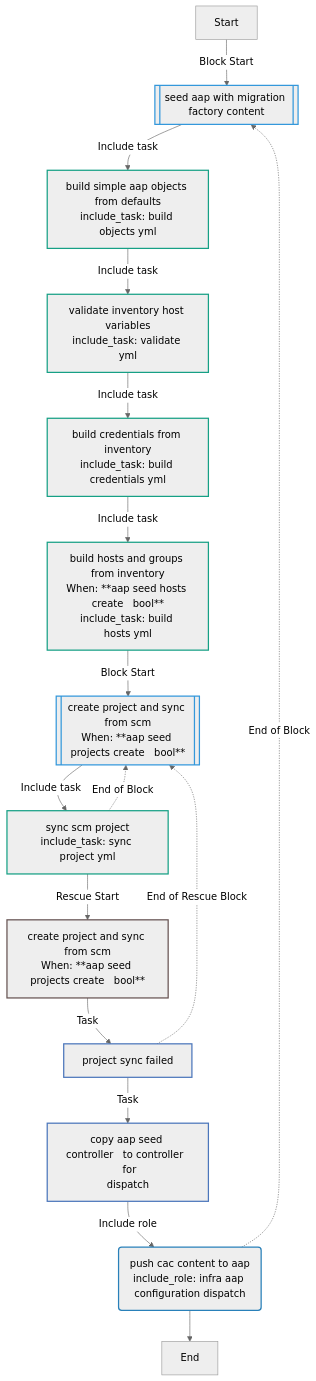
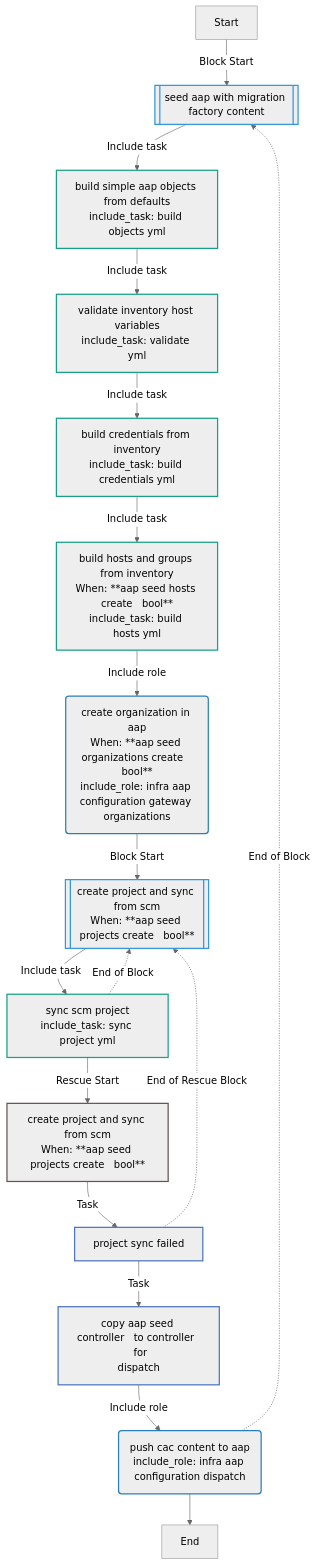
One commit to redhat-cop/openshift_virtualization_migration changed the fourth of 6 diagrams in roles/aap_seed/README.md. Above: the diagram before and after it, drawn with Mermaid (neutral theme). The commit also changed other lines of this file and 3 other files, not shown here.

Commit message:
fix(aap_seed): create org before project sync, default to OVM org name

````diff
--- a/roles/aap_seed/README.md
+++ b/roles/aap_seed/README.md
@@ -1419,28 +1426,29 @@
 ```mermaid
 flowchart TD
 Start
 classDef block stroke:#3498db,stroke-width:2px;
 classDef task stroke:#4b76bb,stroke-width:2px;
 classDef includeTasks stroke:#16a085,stroke-width:2px;
 classDef importTasks stroke:#34495e,stroke-width:2px;
 classDef includeRole stroke:#2980b9,stroke-width:2px;
 classDef importRole stroke:#699ba7,stroke-width:2px;
 classDef includeVars stroke:#8e44ad,stroke-width:2px;
 classDef rescue stroke:#665352,stroke-width:2px;
 
   Start-->|Block Start| Seed_AAP_with_Migration_Factory_content0_block_start_0[[seed aap with migration factory content]]:::block
   Seed_AAP_with_Migration_Factory_content0_block_start_0-->|Include task| Build_simple_AAP_objects_from_defaults_build_objects_yml_0[build simple aap objects from defaults<br>include_task: build objects yml]:::includeTasks
   Build_simple_AAP_objects_from_defaults_build_objects_yml_0-->|Include task| Validate_inventory_host_variables_validate_yml_1[validate inventory host variables<br>include_task: validate yml]:::includeTasks
   Validate_inventory_host_variables_validate_yml_1-->|Include task| Build_credentials_from_inventory_build_credentials_yml_2[build credentials from inventory<br>include_task: build credentials yml]:::includeTasks
   Build_credentials_from_inventory_build_credentials_yml_2-->|Include task| Build_hosts_and_groups_from_inventory_build_hosts_yml_3[build hosts and groups from inventory<br>When: **aap seed hosts create   bool**<br>include_task: build hosts yml]:::includeTasks
-  Build_hosts_and_groups_from_inventory_build_hosts_yml_3-->|Block Start| Create_project_and_sync_from_SCM4_block_start_1[[create project and sync from scm<br>When: **aap seed projects create   bool**]]:::block
-  Create_project_and_sync_from_SCM4_block_start_1-->|Include task| Sync_SCM_project_sync_project_yml_0[sync scm project<br>include_task: sync project yml]:::includeTasks
-  Sync_SCM_project_sync_project_yml_0-.->|End of Block| Create_project_and_sync_from_SCM4_block_start_1
-  Sync_SCM_project_sync_project_yml_0-->|Rescue Start| Create_project_and_sync_from_SCM4_rescue_start_1[create project and sync from scm<br>When: **aap seed projects create   bool**]:::rescue
-  Create_project_and_sync_from_SCM4_rescue_start_1-->|Task| Project_sync_failed0[project sync failed]:::task
-  Project_sync_failed0-.->|End of Rescue Block| Create_project_and_sync_from_SCM4_block_start_1
-  Project_sync_failed0-->|Task| Copy_aap_seed_controller___to_controller___for_dispatch5[copy aap seed controller   to controller   for<br>dispatch]:::task
-  Copy_aap_seed_controller___to_controller___for_dispatch5-->|Include role| Push_CaC_content_to_AAP_infra_aap_configuration_dispatch_6(push cac content to aap<br>include_role: infra aap configuration dispatch):::includeRole
-  Push_CaC_content_to_AAP_infra_aap_configuration_dispatch_6-.->|End of Block| Seed_AAP_with_Migration_Factory_content0_block_start_0
-  Push_CaC_content_to_AAP_infra_aap_configuration_dispatch_6-->End
+  Build_hosts_and_groups_from_inventory_build_hosts_yml_3-->|Include role| Create_organization_in_AAP_infra_aap_configuration_gateway_organizations_4(create organization in aap<br>When: **aap seed organizations create   bool**<br>include_role: infra aap configuration gateway organizations):::includeRole
+  Create_organization_in_AAP_infra_aap_configuration_gateway_organizations_4-->|Block Start| Create_project_and_sync_from_SCM5_block_start_1[[create project and sync from scm<br>When: **aap seed projects create   bool**]]:::block
+  Create_project_and_sync_from_SCM5_block_start_1-->|Include task| Sync_SCM_project_sync_project_yml_0[sync scm project<br>include_task: sync project yml]:::includeTasks
+  Sync_SCM_project_sync_project_yml_0-.->|End of Block| Create_project_and_sync_from_SCM5_block_start_1
+  Sync_SCM_project_sync_project_yml_0-->|Rescue Start| Create_project_and_sync_from_SCM5_rescue_start_1[create project and sync from scm<br>When: **aap seed projects create   bool**]:::rescue
+  Create_project_and_sync_from_SCM5_rescue_start_1-->|Task| Project_sync_failed0[project sync failed]:::task
+  Project_sync_failed0-.->|End of Rescue Block| Create_project_and_sync_from_SCM5_block_start_1
+  Project_sync_failed0-->|Task| Copy_aap_seed_controller___to_controller___for_dispatch6[copy aap seed controller   to controller   for<br>dispatch]:::task
+  Copy_aap_seed_controller___to_controller___for_dispatch6-->|Include role| Push_CaC_content_to_AAP_infra_aap_configuration_dispatch_7(push cac content to aap<br>include_role: infra aap configuration dispatch):::includeRole
+  Push_CaC_content_to_AAP_infra_aap_configuration_dispatch_7-.->|End of Block| Seed_AAP_with_Migration_Factory_content0_block_start_0
+  Push_CaC_content_to_AAP_infra_aap_configuration_dispatch_7-->End
 ```
````
